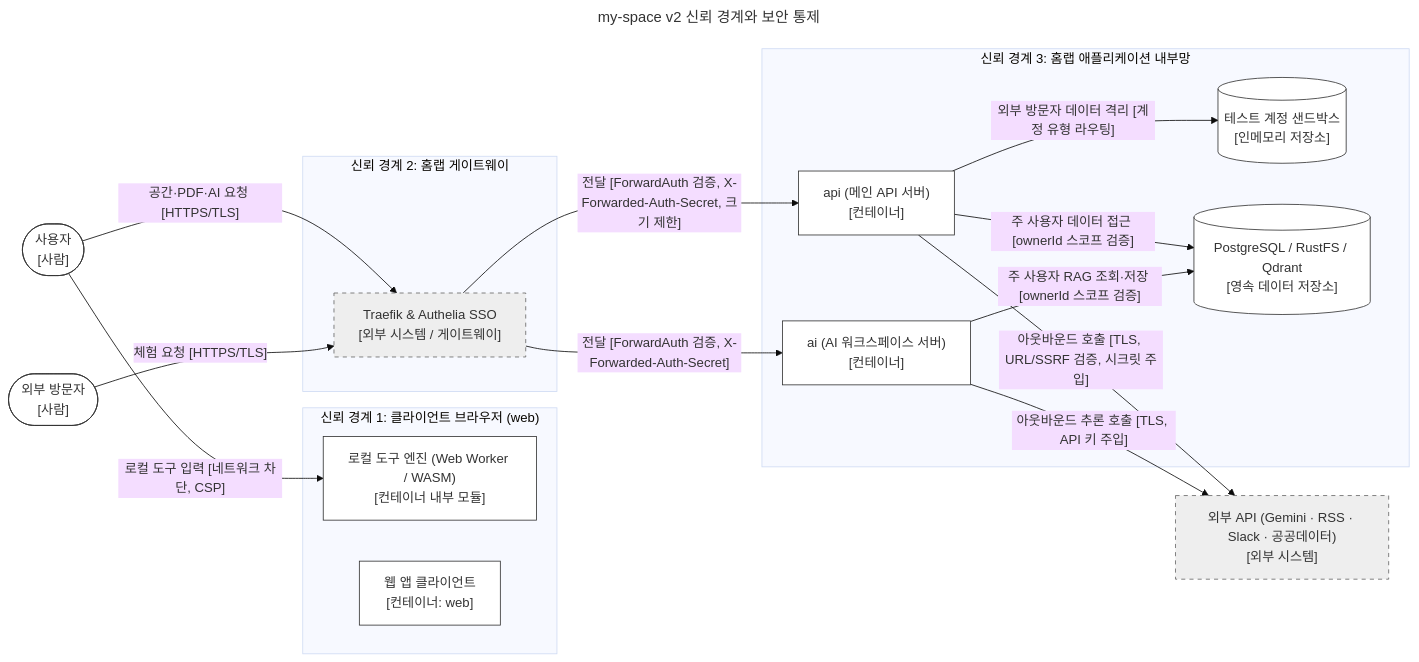
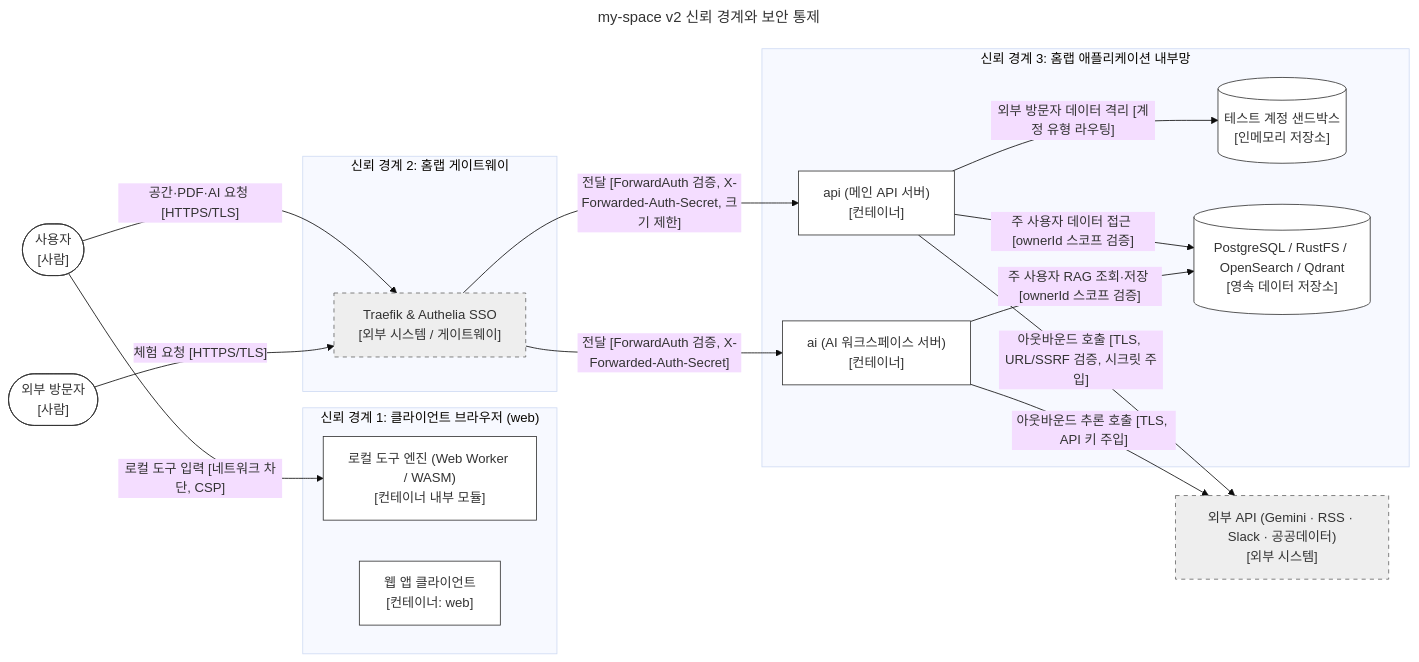
The diagram in architecture/arc-007-security-architecture.md (lkh-space/my-space-docs), drawn with Mermaid (base theme) before and after one commit. The commit also changed other lines of this file and 7 other files, not shown here.

Commit message:
docs: incorporate OpenSearch into architecture specs and sync routing map

````diff
--- a/architecture/arc-007-security-architecture.md
+++ b/architecture/arc-007-security-architecture.md
@@ -39,44 +39,44 @@
 ```mermaid
 ---
 title: "my-space v2 신뢰 경계와 보안 통제"
 ---
 flowchart LR
   owner(["사용자<br/>[사람]"])
   visitor(["외부 방문자<br/>[사람]"])
 
   subgraph tb1["신뢰 경계 1: 클라이언트 브라우저 (web)"]
     web_local["로컬 도구 엔진 (Web Worker / WASM)<br/>[컨테이너 내부 모듈]"]
     web_client["웹 앱 클라이언트<br/>[컨테이너: web]"]
   end
 
   subgraph tb2["신뢰 경계 2: 홈랩 게이트웨이"]
     edge["Traefik & Authelia SSO<br/>[외부 시스템 / 게이트웨이]"]
   end
 
   subgraph tb3["신뢰 경계 3: 홈랩 애플리케이션 내부망"]
     api["api (메인 API 서버)<br/>[컨테이너]"]
     ai["ai (AI 워크스페이스 서버)<br/>[컨테이너]"]
     sandbox[("테스트 계정 샌드박스<br/>[인메모리 저장소]")]
-    db[("PostgreSQL / RustFS / Qdrant<br/>[영속 데이터 저장소]")]
+    db[("PostgreSQL / RustFS / OpenSearch / Qdrant<br/>[영속 데이터 저장소]")]
   end
 
   ext["외부 API (Gemini · RSS · Slack · 공공데이터)<br/>[외부 시스템]"]
 
   owner -->|"로컬 도구 입력 [네트워크 차단, CSP]"| web_local
   owner -->|"공간·PDF·AI 요청 [HTTPS/TLS]"| edge
   visitor -->|"체험 요청 [HTTPS/TLS]"| edge
   edge -->|"전달 [ForwardAuth 검증, X-Forwarded-Auth-Secret, 크기 제한]"| api
   edge -->|"전달 [ForwardAuth 검증, X-Forwarded-Auth-Secret]"| ai
   api -->|"주 사용자 데이터 접근 [ownerId 스코프 검증]"| db
   api -->|"외부 방문자 데이터 격리 [계정 유형 라우팅]"| sandbox
   ai -->|"주 사용자 RAG 조회·저장 [ownerId 스코프 검증]"| db
   api -->|"아웃바운드 호출 [TLS, URL/SSRF 검증, 시크릿 주입]"| ext
   ai -->|"아웃바운드 추론 호출 [TLS, API 키 주입]"| ext
 
   classDef person fill:#ffffff,stroke:#333333
   classDef container fill:#ffffff,stroke:#333333
   classDef external fill:#eeeeee,stroke:#666666,stroke-dasharray:5 5
   class owner,visitor person
   class web_local,web_client,api,ai,sandbox,db container
   class edge,ext external
 ```
````
